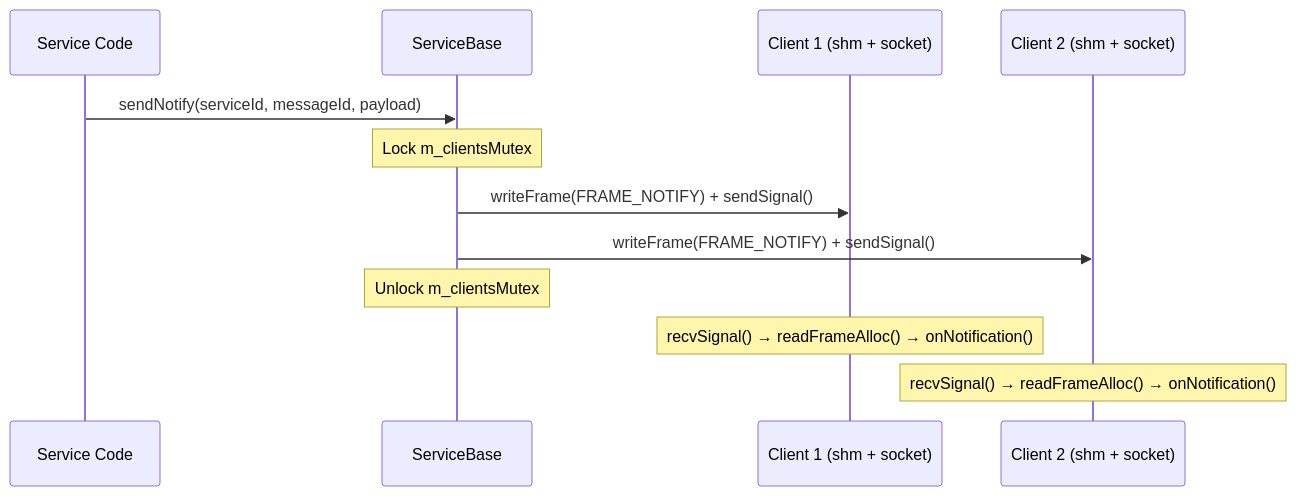
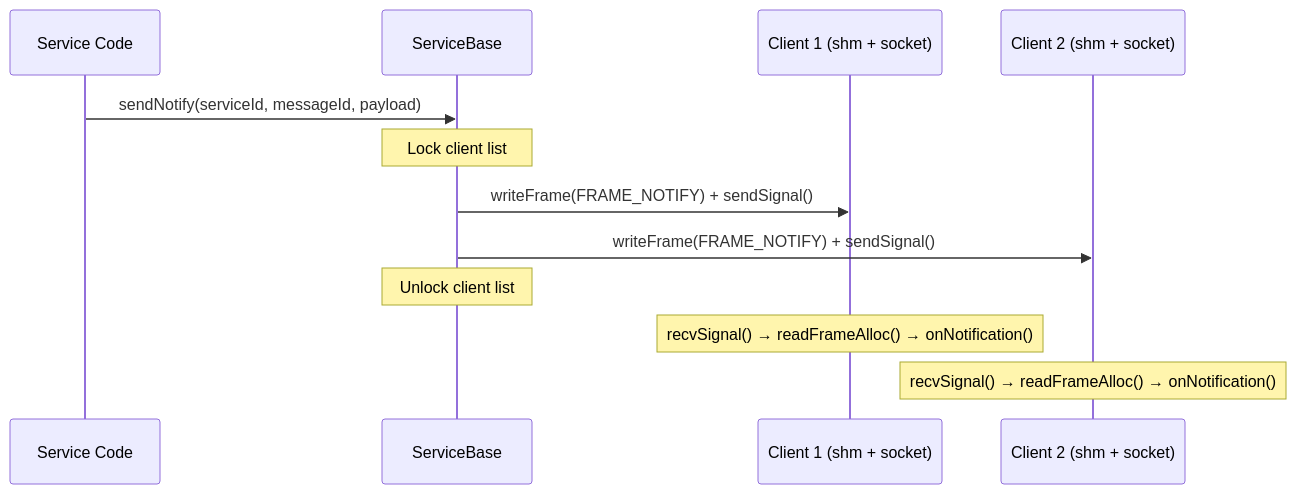
The third of 3 diagrams in doc/ms-ipc-hld.md (Mrunmoy/aether), drawn with Mermaid before and after one commit. The commit also changed other lines of this file and 10 other files, not shown here.

````diff
--- a/doc/ms-ipc-hld.md
+++ b/doc/ms-ipc-hld.md
@@ -177,18 +177,18 @@
 ```mermaid
 sequenceDiagram
     participant S as Service Code
     participant SB as ServiceBase
     participant C1 as Client 1 (shm + socket)
     participant C2 as Client 2 (shm + socket)
 
     S ->> SB: sendNotify(serviceId, messageId, payload)
-    Note over SB: Lock m_clientsMutex
+    Note over SB: Lock client list
 
     SB ->> C1: writeFrame(FRAME_NOTIFY) + sendSignal()
     SB ->> C2: writeFrame(FRAME_NOTIFY) + sendSignal()
 
-    Note over SB: Unlock m_clientsMutex
+    Note over SB: Unlock client list
 
     Note over C1: recvSignal() → readFrameAlloc() → onNotification()
     Note over C2: recvSignal() → readFrameAlloc() → onNotification()
 ```
````
